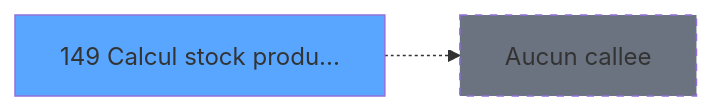
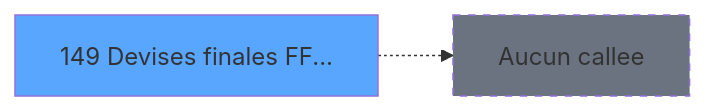
Before and after one commit to thonyAGP/magic-migration: the third of 3 diagrams in .openspec/specs/ADH-IDE-149.md, drawn with Mermaid. The commit also changed other lines of this file and 311 other files, not shown here.

````diff
--- a/.openspec/specs/ADH-IDE-149.md
+++ b/.openspec/specs/ADH-IDE-149.md
@@ -358,8 +168,8 @@
 ```mermaid
 graph LR
-    T149[149 Calcul stock produ...]
+    T149[149 Devises finales FF...]
     style T149 fill:#58a6ff
     NONE[Aucun callee]
     T149 -.-> NONE
     style NONE fill:#6b7280,stroke-dasharray: 5 5
 ```
````
